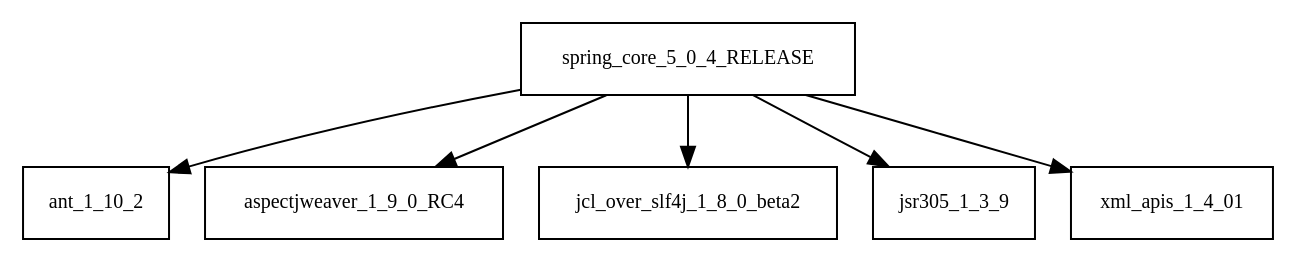
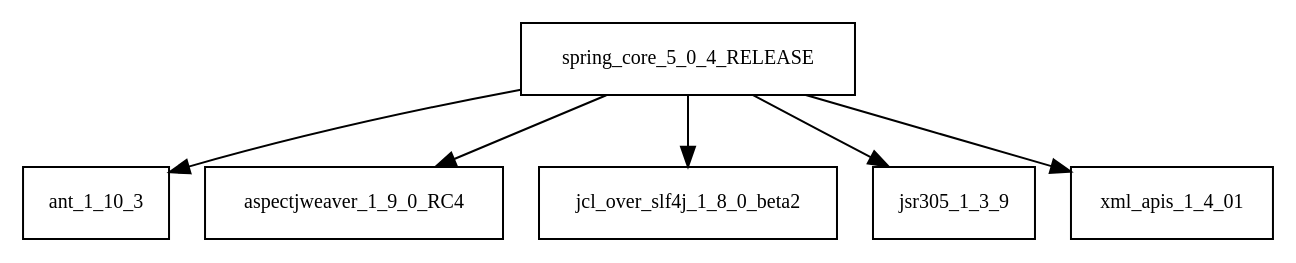
One commit to sjvs/cia changed the diagram in tattleTaleReport/graphviz/spring-core-5.0.4.RELEASE.jar/spring-core-5.0.4.RELEASE.jar.dot. Above: the diagram before and after it, drawn with Graphviz. The commit also changed 2329 other files, not shown here.

```diff
--- a/tattleTaleReport/graphviz/spring-core-5.0.4.RELEASE.jar/spring-core-5.0.4.RELEASE.jar.dot
+++ b/tattleTaleReport/graphviz/spring-core-5.0.4.RELEASE.jar/spring-core-5.0.4.RELEASE.jar.dot
@@ -1,8 +1,8 @@
 digraph spring_core_5_0_4_RELEASE_dependencies {
   node [shape = box, fontsize=10.0];
-  spring_core_5_0_4_RELEASE -> ant_1_10_2;
+  spring_core_5_0_4_RELEASE -> ant_1_10_3;
   spring_core_5_0_4_RELEASE -> aspectjweaver_1_9_0_RC4;
   spring_core_5_0_4_RELEASE -> jcl_over_slf4j_1_8_0_beta2;
   spring_core_5_0_4_RELEASE -> jsr305_1_3_9;
   spring_core_5_0_4_RELEASE -> xml_apis_1_4_01;
 }
```
